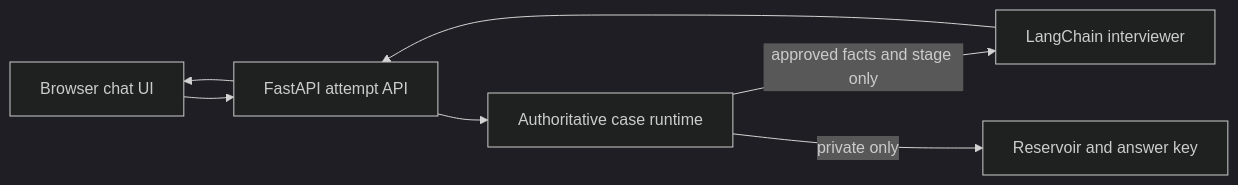
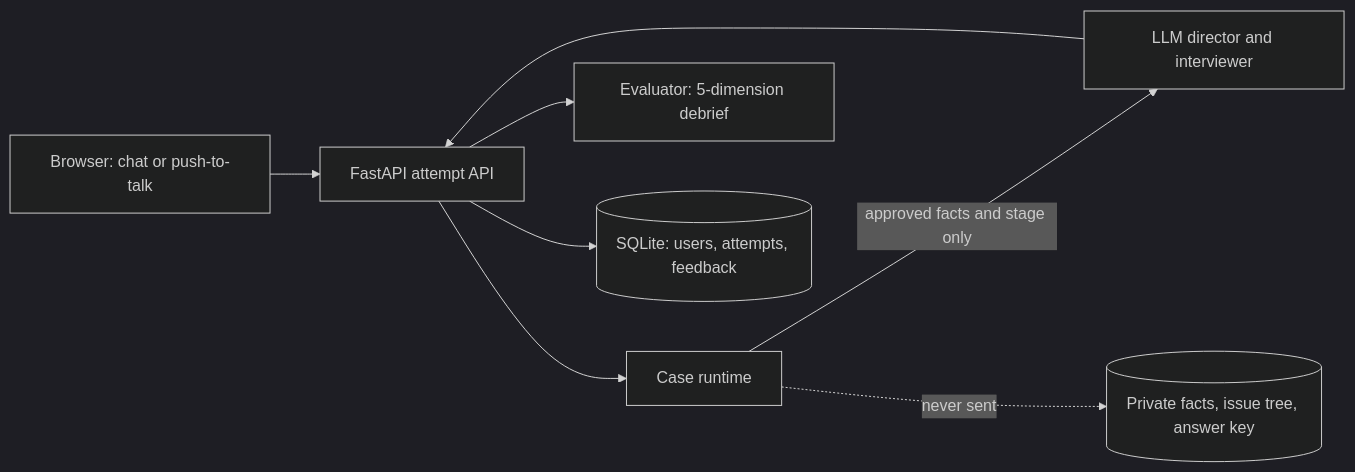
One commit to lockedin25/practice-with-leo changed the diagram in README.md. Above: the diagram before and after it, drawn with Mermaid (dark theme). The commit also changed other lines of this file and 21 other files, not shown here.

````diff
--- a/README.md
+++ b/README.md
@@ -22,9 +35,10 @@
 ```mermaid
 flowchart LR
-    B[Browser chat UI] --> A[FastAPI attempt API]
-    A --> R[Authoritative case runtime]
-    R -->|approved facts and stage only| L[LangChain interviewer]
-    L --> A
-    A --> B
-    R -->|private only| C[Reservoir and answer key]
+    B[Browser: chat or push-to-talk] --> A[FastAPI attempt API]
+    A --> R[Case runtime]
+    R -->|approved facts and stage only| D[LLM director and interviewer]
+    D --> A
+    R -.->|never sent| P[(Private facts, issue tree, answer key)]
+    A --> E[Evaluator: 5-dimension debrief]
+    A --> S[(SQLite: users, attempts, feedback)]
 ```
````
